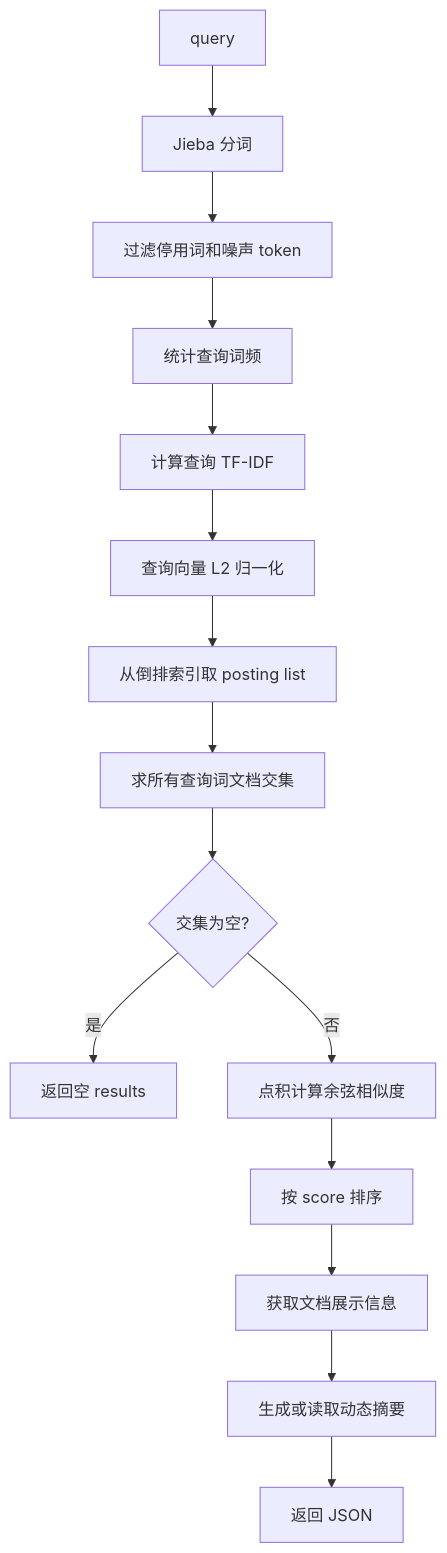
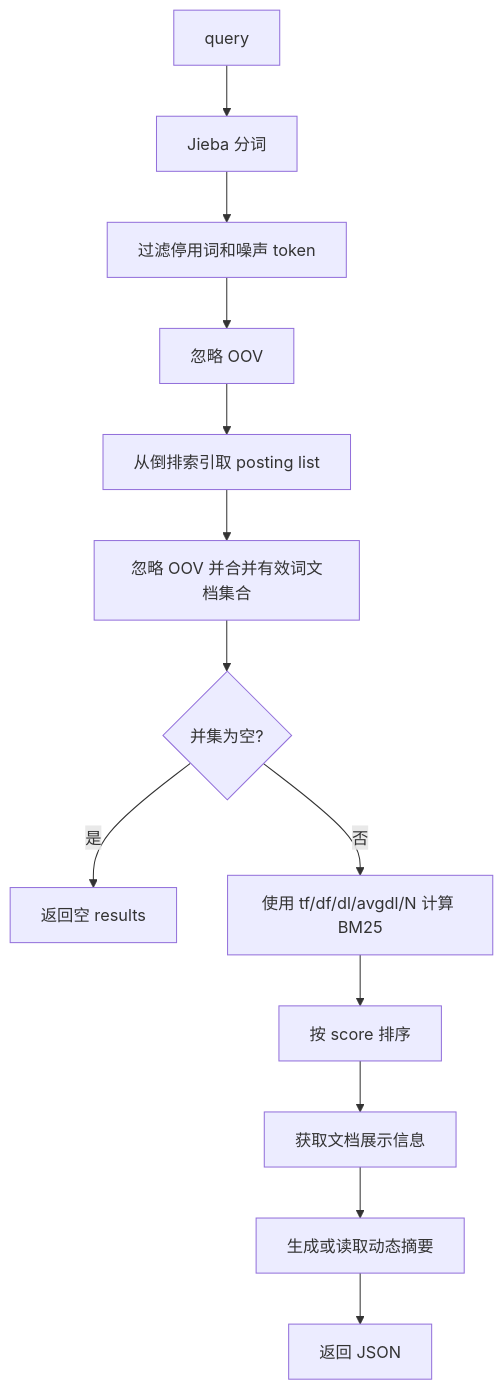
The ninth of 11 diagrams in 课件/07_搜索引擎项目/03_SearchEngine_V3.1/README.md (dijk4tra/Cpp_Advanced), drawn with Mermaid before and after one commit. The commit also changed other lines of this file and 21 other files, not shown here.

````diff
--- a/课件/07_搜索引擎项目/03_SearchEngine_V3.1/README.md
+++ b/课件/07_搜索引擎项目/03_SearchEngine_V3.1/README.md
@@ -810,17 +825,15 @@
 ```mermaid
 flowchart TD
     A[query] --> B[Jieba 分词]
     B --> C[过滤停用词和噪声 token]
-    C --> D[统计查询词频]
-    D --> E[计算查询 TF-IDF]
-    E --> F[查询向量 L2 归一化]
-    F --> G[从倒排索引取 posting list]
-    G --> H[求所有查询词文档交集]
-    H --> I{交集为空?}
+    C --> D[忽略 OOV]
+    D --> G[从倒排索引取 posting list]
+    G --> H[忽略 OOV 并合并有效词文档集合]
+    H --> I{并集为空?}
     I -- 是 --> R[返回空 results]
-    I -- 否 --> J[点积计算余弦相似度]
+    I -- 否 --> J[使用 tf/df/dl/avgdl/N 计算 BM25]
     J --> K[按 score 排序]
     K --> L[获取文档展示信息]
     L --> M[生成或读取动态摘要]
     M --> N[返回 JSON]
 ```
````
